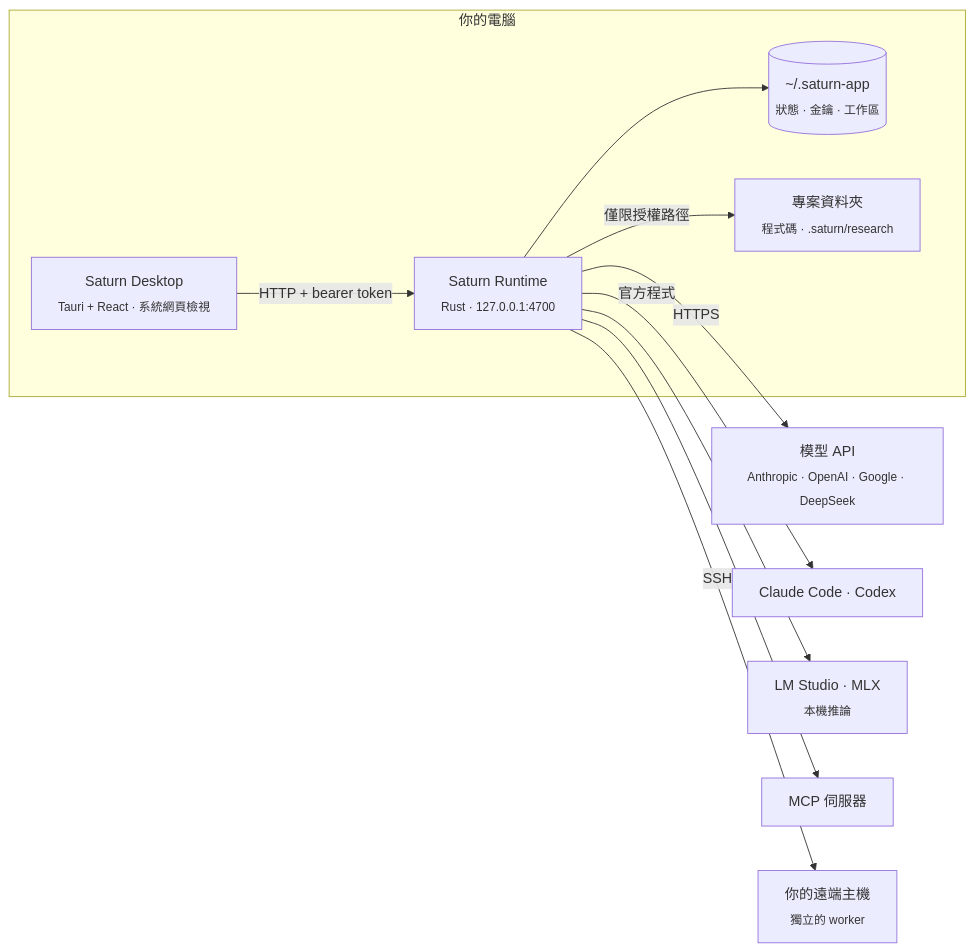
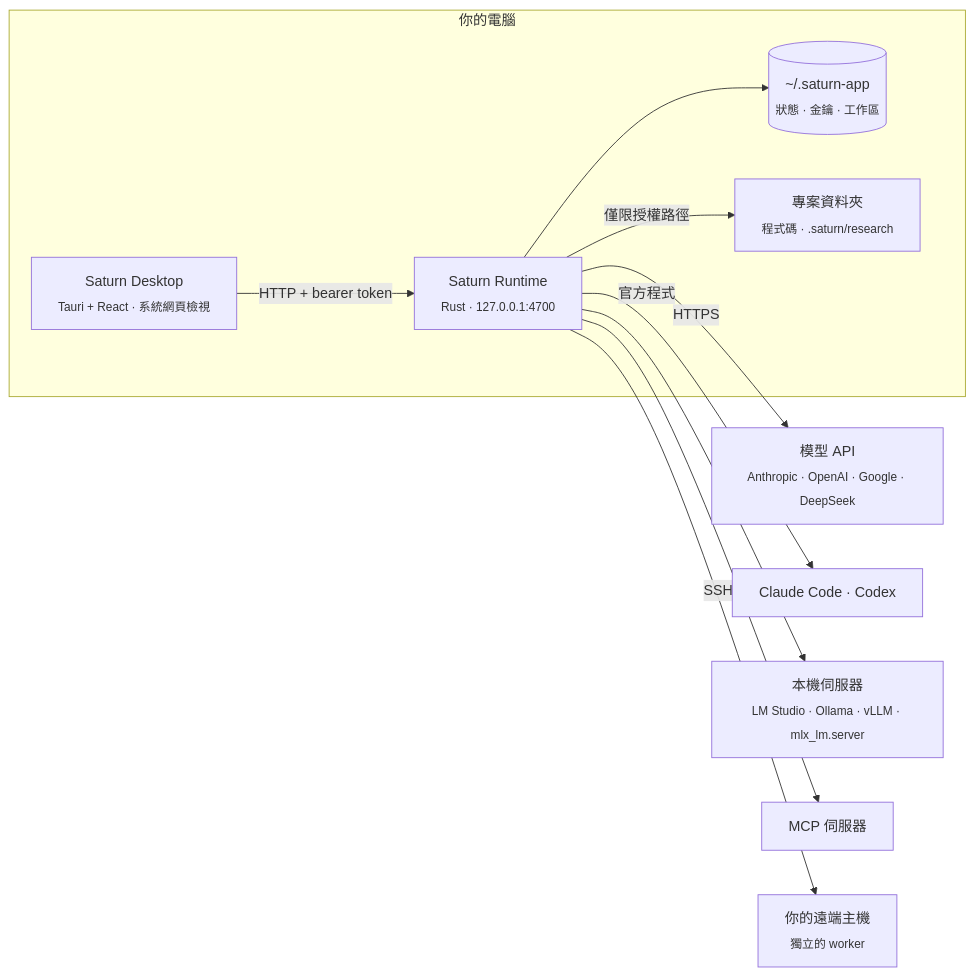
One commit to Saturn-Technology-Project/Saturn-App changed the diagram in README_ZH.md. Above: the diagram before and after it, drawn with Mermaid. The commit also changed other lines of this file and 25 other files, not shown here.

First line of the commit message:
Local server: one provider for every model server on this computer, and MLX is part of it

````diff
--- a/README_ZH.md
+++ b/README_ZH.md
@@ -207,17 +207,17 @@
 ```mermaid
 flowchart LR
   subgraph Machine["你的電腦"]
     D["Saturn Desktop<br/><sub>Tauri + React · 系統網頁檢視</sub>"]
     R["Saturn Runtime<br/><sub>Rust · 127.0.0.1:4700</sub>"]
     S[("~/.saturn-app<br/><sub>狀態 · 金鑰 · 工作區</sub>")]
     P["專案資料夾<br/><sub>程式碼 · .saturn/research</sub>"]
     D -- "HTTP + bearer token" --> R
     R --> S
     R -- "僅限授權路徑" --> P
   end
   R -- "HTTPS" --> M["模型 API<br/><sub>Anthropic · OpenAI · Google · DeepSeek</sub>"]
   R -- "官方程式" --> C["Claude Code · Codex"]
-  R --> L["LM Studio · MLX<br/><sub>本機推論</sub>"]
+  R --> L["本機伺服器<br/><sub>LM Studio · Ollama · vLLM · mlx_lm.server</sub>"]
   R --> X["MCP 伺服器"]
   R -- "SSH" --> H["你的遠端主機<br/><sub>獨立的 worker</sub>"]
 ```
````
